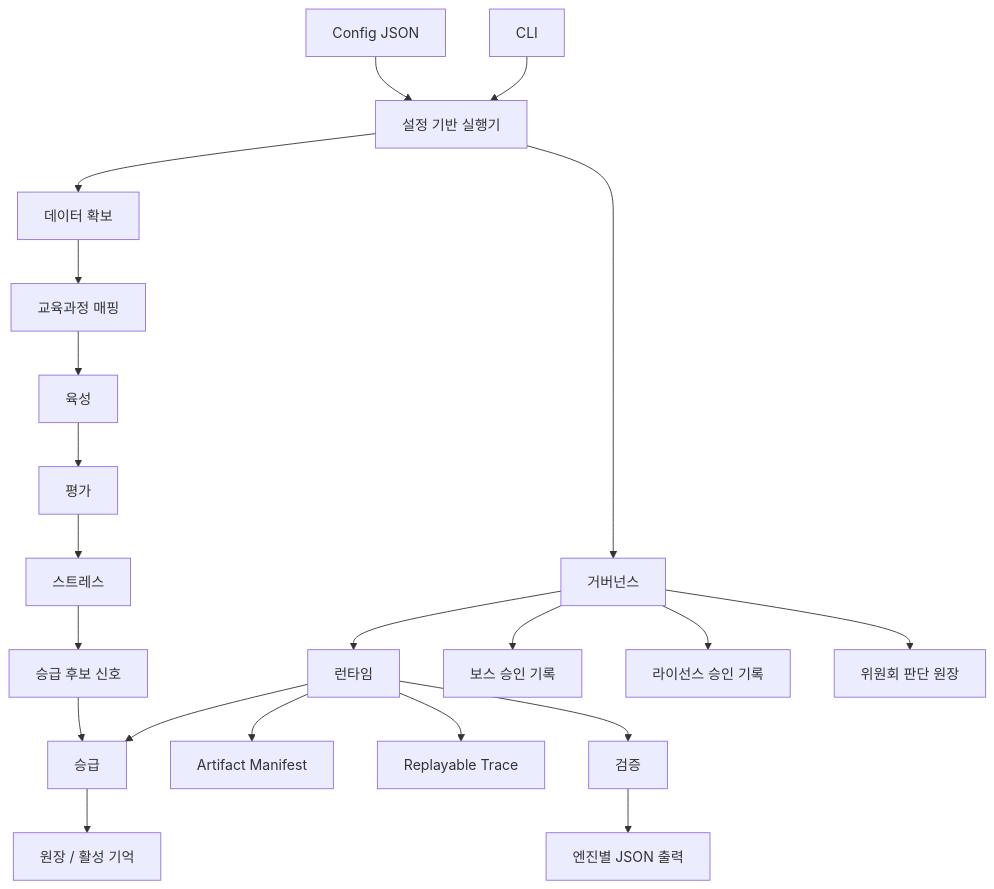
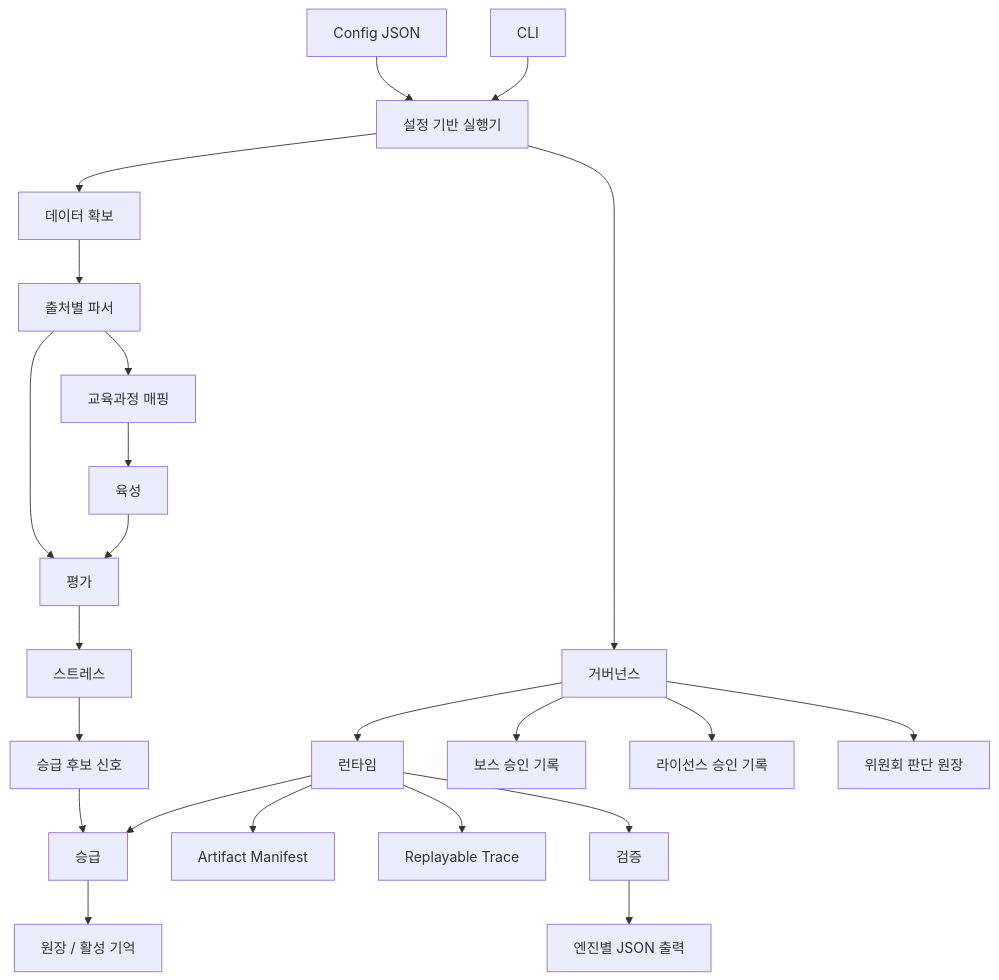
One commit to sinmb79/22b-paideia-engines changed the diagram in docs/architecture.ko.md. Above: the diagram before and after it, drawn with Mermaid. The commit also changed other lines of this file and 31 other files, not shown here.

````diff
--- a/docs/architecture.ko.md
+++ b/docs/architecture.ko.md
@@ -7,23 +7,25 @@
 ```mermaid
 flowchart TD
   Config["Config JSON"] --> Runner["설정 기반 실행기"]
   CLI["CLI"] --> Runner
   Runner --> DA["데이터 확보"]
-  DA --> CM["교육과정 매핑"]
+  DA --> SP["출처별 파서"]
+  SP --> CM["교육과정 매핑"]
+  SP --> AS["평가"]
   CM --> C["육성"]
   C --> AS["평가"]
   AS --> S["스트레스"]
   S --> PS["승급 후보 신호"]
   PS --> P["승급"]
   Runner --> G["거버넌스"]
   G --> R["런타임"]
   R --> AM["Artifact Manifest"]
   R --> RT["Replayable Trace"]
   R --> P
   R --> V["검증"]
   P --> M["원장 / 활성 기억"]
   G --> B["보스 승인 기록"]
   G --> L["라이선스 승인 기록"]
   G --> CD["위원회 판단 원장"]
   V --> OUT["엔진별 JSON 출력"]
 ```
````
